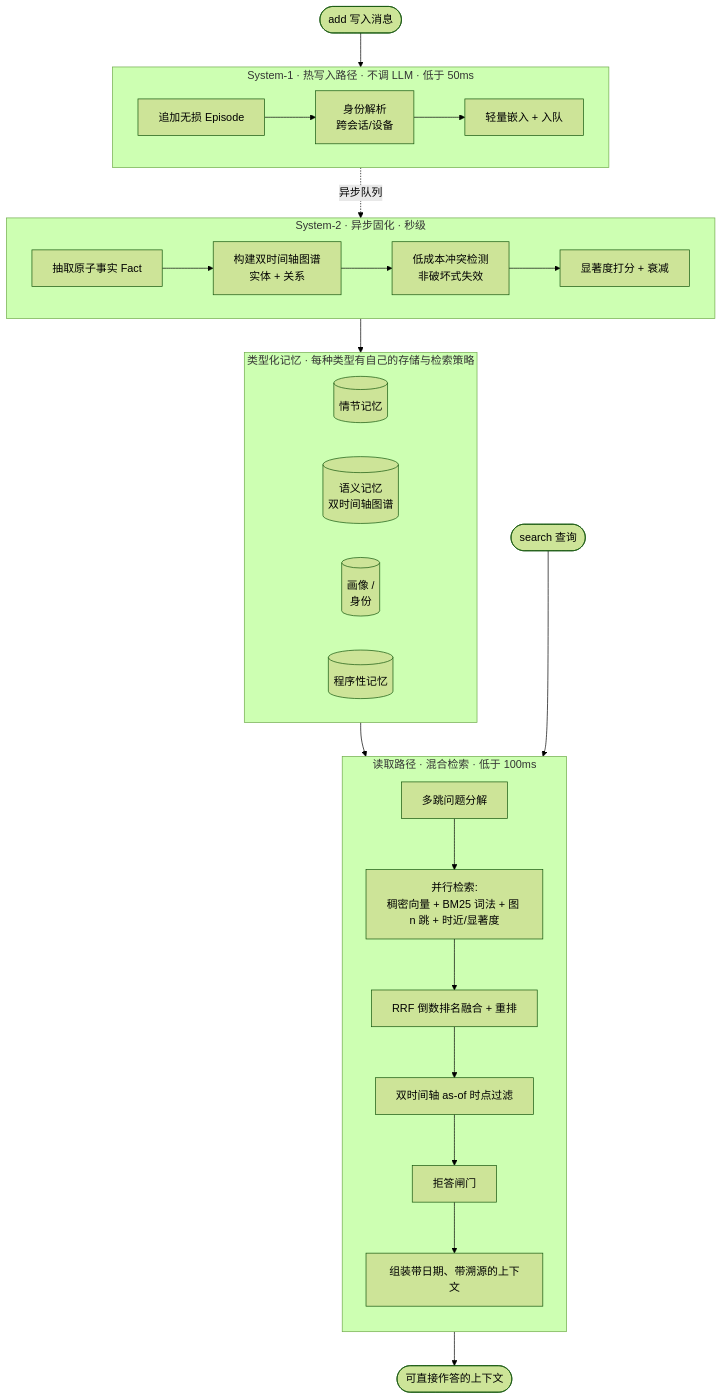
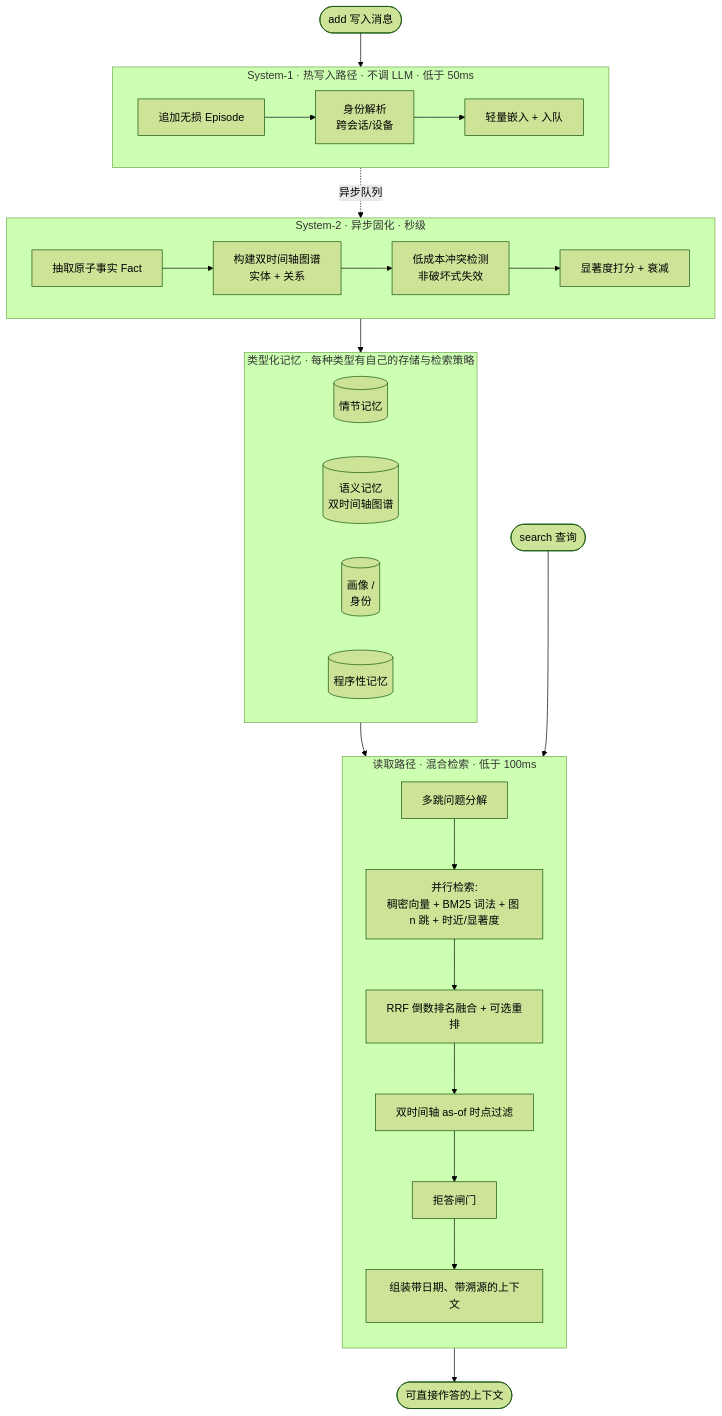
Before and after one commit to ly-wang19/engram: the diagram in README.zh-CN.md, drawn with Mermaid (forest theme). The commit also changed 4 other files, not shown here.

````diff
--- a/README.zh-CN.md
+++ b/README.zh-CN.md
@@ -66,29 +66,29 @@
 ```mermaid
 flowchart TB
     ADD([add 写入消息]) --> S1
     subgraph S1 [System-1 · 热写入路径 · 不调 LLM · 低于 50ms]
         direction LR
         S1a[追加无损 Episode] --> S1b[身份解析<br/>跨会话/设备] --> S1c[轻量嵌入 + 入队]
     end
     S1 -. 异步队列 .-> S2
     subgraph S2 [System-2 · 异步固化 · 秒级]
         direction LR
         S2a[抽取原子事实 Fact] --> S2b[构建双时间轴图谱<br/>实体 + 关系] --> S2c[低成本冲突检测<br/>非破坏式失效] --> S2d[显著度打分 + 衰减]
     end
     S2 --> TM
     subgraph TM [类型化记忆 · 每种类型有自己的存储与检索策略]
         direction LR
         TMa[(情节记忆)]
         TMb[(语义记忆<br/>双时间轴图谱)]
         TMc[(画像 /<br/>身份)]
         TMd[(程序性记忆)]
     end
     TM --> R
     Q([search 查询]) --> R
     subgraph R [读取路径 · 混合检索 · 低于 100ms]
         direction TB
         Ra[多跳问题分解] --> Rb[并行检索:<br/>稠密向量 + BM25 词法 + 图 n 跳 + 时近/显著度]
-        Rb --> Rc[RRF 倒数排名融合 + 重排] --> Rd[双时间轴 as-of 时点过滤] --> Re[拒答闸门] --> Rf[组装带日期、带溯源的上下文]
+        Rb --> Rc[RRF 倒数排名融合 + 可选重排] --> Rd[双时间轴 as-of 时点过滤] --> Re[拒答闸门] --> Rf[组装带日期、带溯源的上下文]
     end
     Rf --> OUT([可直接作答的上下文])
 ```
````
